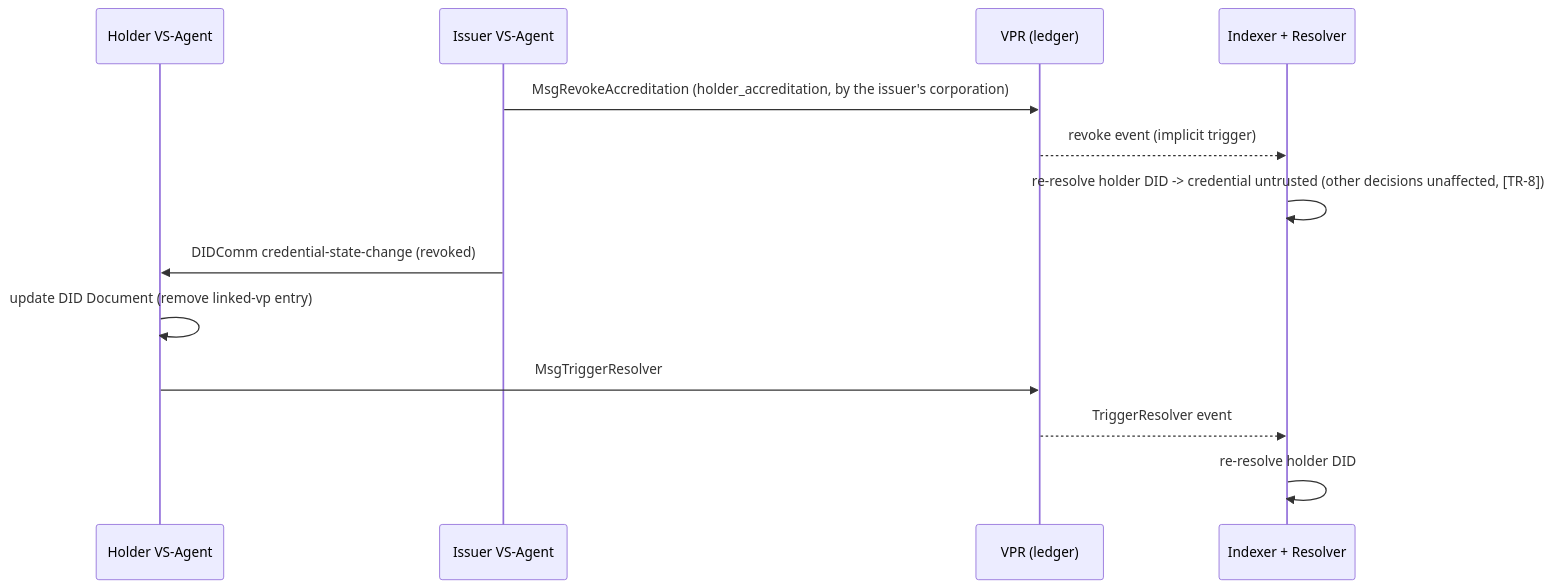
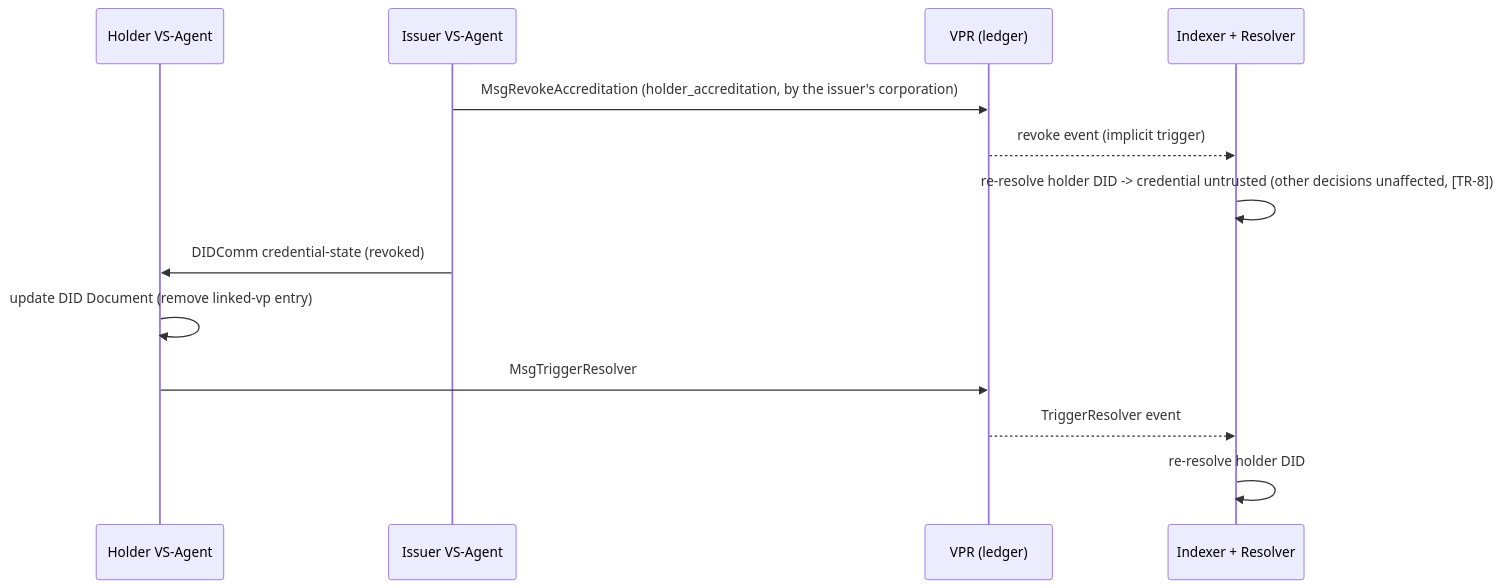
One commit to verana-labs/verifiable-trust-spec changed diagram 16 of 16 in spec.md. Above: the diagram before and after it, drawn with Mermaid. The commit also changed other lines of this file, not shown here.

Commit message:
Example 2: the credential-state notification (audit)

````diff
--- a/spec.md
+++ b/spec.md
@@ -2667,16 +2667,16 @@
 ```mermaid
 sequenceDiagram
     participant Holder as Holder VS-Agent
     participant Issuer as Issuer VS-Agent
     participant VPR as VPR (ledger)
     participant Idx as Indexer + Resolver
 
     Issuer->>VPR: MsgRevokeAccreditation (holder_accreditation, by the issuer's corporation)
     VPR-->>Idx: revoke event (implicit trigger)
     Idx->>Idx: re-resolve holder DID -> credential untrusted (other decisions unaffected, [TR-8])
-    Issuer->>Holder: DIDComm credential-state-change (revoked)
+    Issuer->>Holder: DIDComm credential-state (revoked)
     Holder->>Holder: update DID Document (remove linked-vp entry)
     Holder->>VPR: MsgTriggerResolver
     VPR-->>Idx: TriggerResolver event
     Idx->>Idx: re-resolve holder DID
 ```
````
